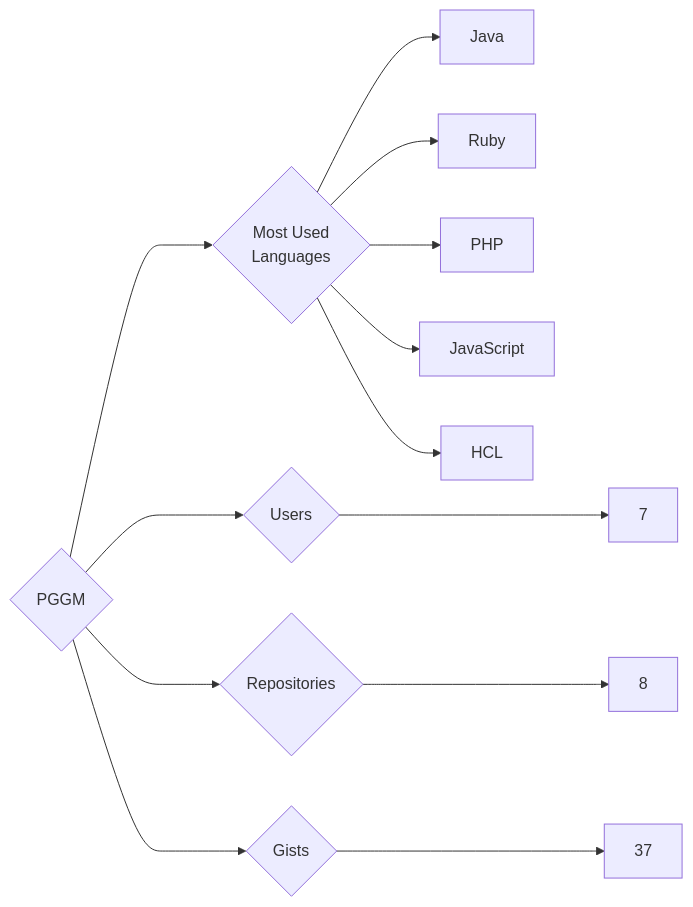
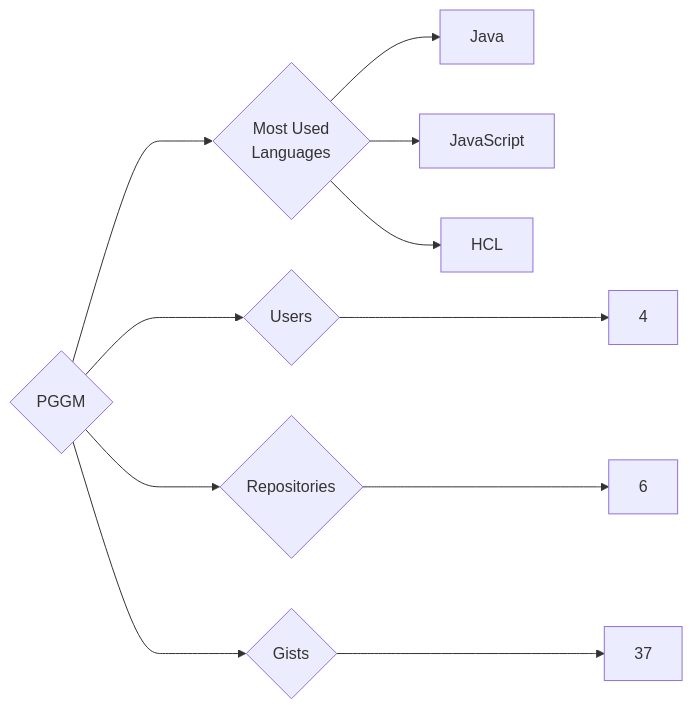
Before and after one commit to trickest/insiders: the diagram in targets/PGGM/README.md, drawn with Mermaid. The commit also changed 1479 other files, not shown here.

````diff
--- a/targets/PGGM/README.md
+++ b/targets/PGGM/README.md
@@ -3,13 +3,11 @@
 ```mermaid
 graph LR
 COMPANY_NAME{PGGM}
-COMPANY_NAME ---> U{Users} ---> UN[7]
-COMPANY_NAME ---> R{Repositories} ---> RN[8]
+COMPANY_NAME ---> U{Users} ---> UN[4]
+COMPANY_NAME ---> R{Repositories} ---> RN[6]
 COMPANY_NAME ---> G{Gists} ---> GN[37]
 COMPANY_NAME ---> ML{Most Used<br>Languages}
 ML --> Java[Java]
-ML --> Ruby[Ruby]
-ML --> PHP[PHP]
 ML --> JavaScript[JavaScript]
 ML --> HCL[HCL]
 ```
````
